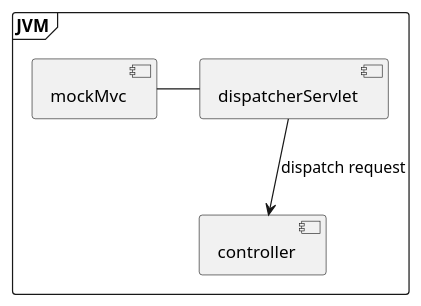
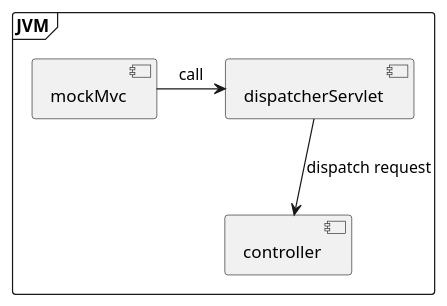
One commit to rscai/microservices-doc changed the seventh of 12 diagrams in src/docs/asciidoc/zh_TR/03-Catalog-Service.adoc. Above: the diagram before and after it, drawn with PlantUML. The commit also changed other lines of this file, not shown here.

```diff
--- a/src/docs/asciidoc/zh_TR/03-Catalog-Service.adoc
+++ b/src/docs/asciidoc/zh_TR/03-Catalog-Service.adoc
@@ -693,9 +697,9 @@
 [plantuml, mockmvc-archotecture, png]
 ....
 @startuml
 frame JVM {
-    [mockMvc] - [dispatcherServlet]
+    [mockMvc] -> [dispatcherServlet]: call
     [dispatcherServlet] --> [controller]: dispatch request
 }
 @endnuml
 ....
```
